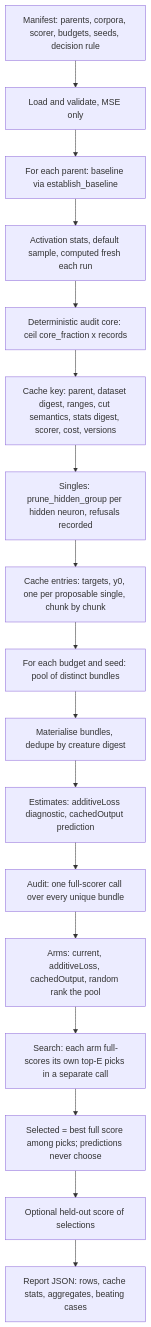
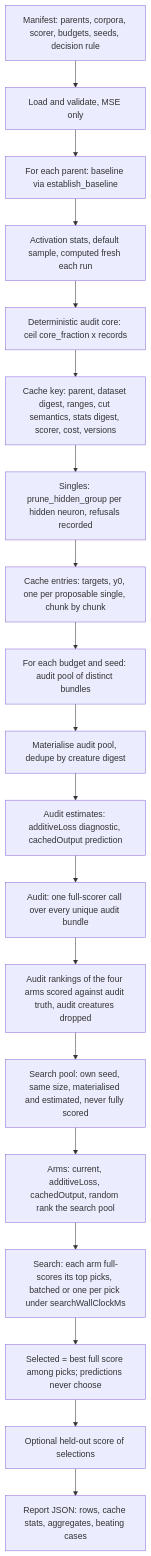
One commit to stSoftwareAU/NEAT-AI-Ockham changed the diagram in docs/additivity-experiment.md. Above: the diagram before and after it, drawn with Mermaid. The commit also changed other lines of this file, not shown here.

First line of the commit message:
🪒 document the separate search pool, searchWallClockMs and measuredPeakRssBytes (#260)

````diff
--- a/docs/additivity-experiment.md
+++ b/docs/additivity-experiment.md
@@ -35,19 +35,21 @@
 ```mermaid
 flowchart TD
     M[Manifest: parents, corpora, scorer, budgets, seeds, decision rule] --> L[Load and validate, MSE only]
     L --> P[For each parent: baseline via establish_baseline]
     P --> S[Activation stats, default sample, computed fresh each run]
     S --> C[Deterministic audit core: ceil core_fraction x records]
     C --> K[Cache key: parent, dataset digest, ranges, cut semantics, stats digest, scorer, cost, versions]
     K --> E[Singles: prune_hidden_group per hidden neuron, refusals recorded]
     E --> O[Cache entries: targets, y0, one per proposable single, chunk by chunk]
-    O --> R[For each budget and seed: pool of distinct bundles]
-    R --> Q[Materialise bundles, dedupe by creature digest]
-    Q --> A[Estimates: additiveLoss diagnostic, cachedOutput prediction]
-    A --> F[Audit: one full-scorer call over every unique bundle]
-    F --> G[Arms: current, additiveLoss, cachedOutput, random rank the pool]
-    G --> H[Search: each arm full-scores its own top-E picks in a separate call]
+    O --> R[For each budget and seed: audit pool of distinct bundles]
+    R --> Q[Materialise audit pool, dedupe by creature digest]
+    Q --> A[Audit estimates: additiveLoss diagnostic, cachedOutput prediction]
+    A --> F[Audit: one full-scorer call over every unique audit bundle]
+    F --> T[Audit rankings of the four arms scored against audit truth, audit creatures dropped]
+    T --> SP[Search pool: own seed, same size, materialised and estimated, never fully scored]
+    SP --> G[Arms: current, additiveLoss, cachedOutput, random rank the search pool]
+    G --> H[Search: each arm full-scores its top picks, batched or one per pick under searchWallClockMs]
     H --> V[Selected = best full score among picks; predictions never choose]
     V --> X[Optional held-out score of selections]
     X --> REP[Report JSON: rows, cache stats, aggregates, beating cases]
 ```
````
